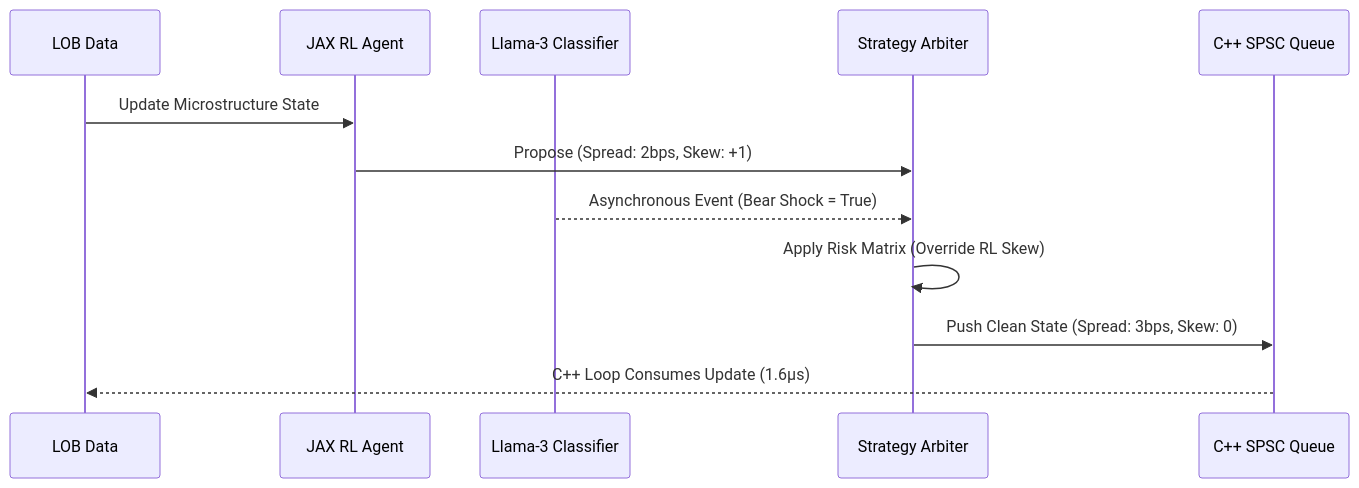
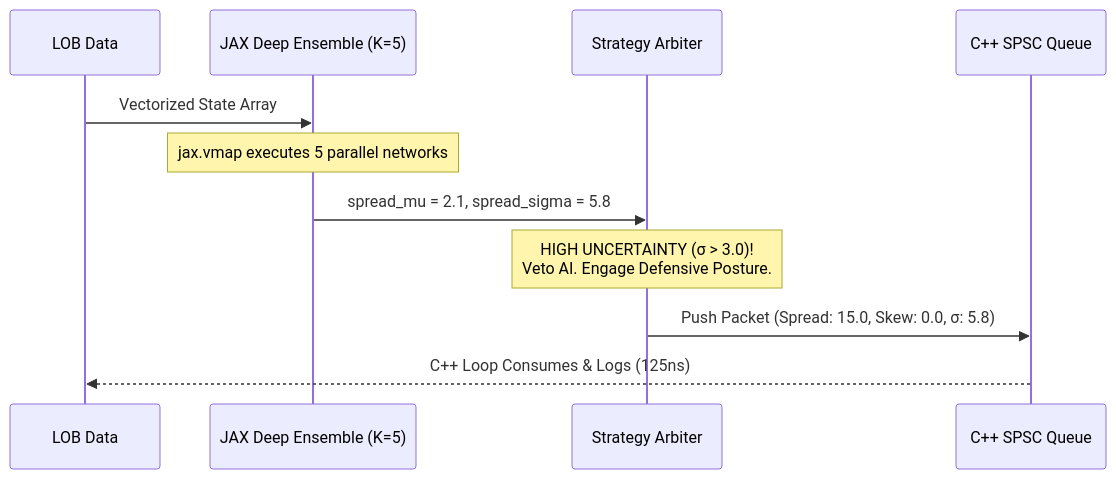
Before and after one commit to TheRobWoodgate/handelaar_ai_orchestrator: the second of 2 diagrams in README.md, drawn with Mermaid. The commit also changed other lines of this file and 11 other files, not shown here.

First line of the commit message:
Add ensemble uncertainty, thread pinning & L1 OFI

````diff
--- a/README.md
+++ b/README.md
@@ -58,15 +59,14 @@
 ```mermaid
 sequenceDiagram
     participant Market as LOB Data
-    participant RL as JAX RL Agent
-    participant LLM as Llama-3 Classifier
+    participant Agent as JAX Deep Ensemble (K=5)
     participant Arbiter as Strategy Arbiter
     participant Queue as C++ SPSC Queue
 
-    Market->>RL: Update Microstructure State
-    RL->>Arbiter: Propose (Spread: 2bps, Skew: +1)
-    LLM-->>Arbiter: Asynchronous Event (Bear Shock = True)
-    Arbiter->>Arbiter: Apply Risk Matrix (Override RL Skew)
-    Arbiter->>Queue: Push Clean State (Spread: 3bps, Skew: 0)
-    Queue-->>Market: C++ Loop Consumes Update (1.6μs)
+    Market->>Agent: Vectorized State Array
+    Note over Agent: jax.vmap executes 5 parallel networks
+    Agent->>Arbiter: spread_mu = 2.1, spread_sigma = 5.8
+    Note over Arbiter: HIGH UNCERTAINTY (σ > 3.0)!<br/>Veto AI. Engage Defensive Posture.
+    Arbiter->>Queue: Push Packet (Spread: 15.0, Skew: 0.0, σ: 5.8)
+    Queue-->>Market: C++ Loop Consumes & Logs (125ns)
 ```
````
